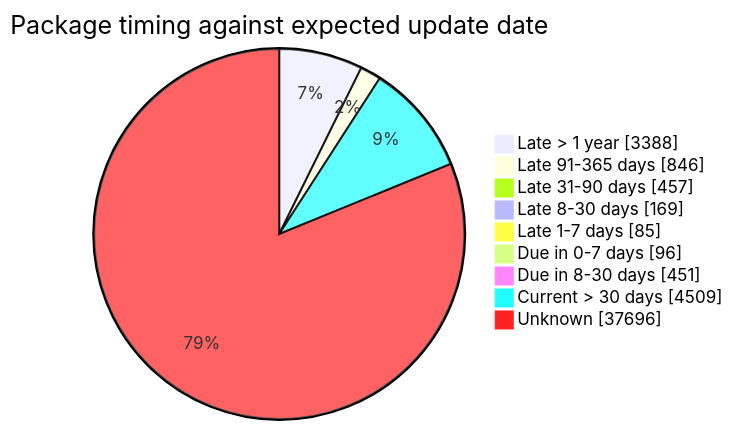
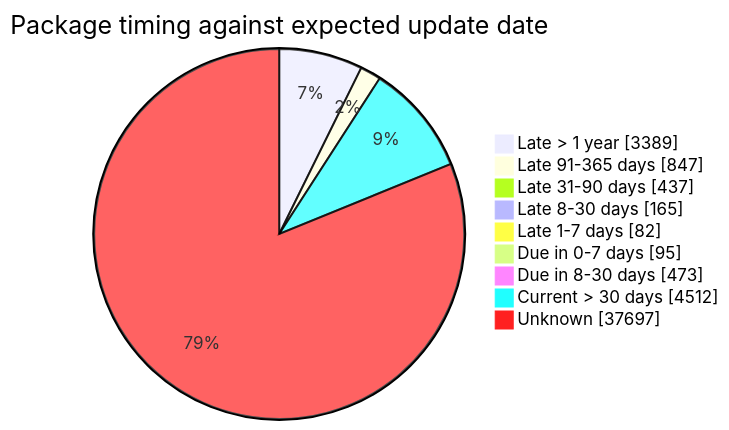
One commit to open-data/analytics-corporate-reporting changed the fourth of 5 diagrams in FreshCheck/README.md. Above: the diagram before and after it, drawn with Mermaid. The commit also changed other lines of this file and 3 other files, not shown here.

````diff
--- a/FreshCheck/README.md
+++ b/FreshCheck/README.md
@@ -86,12 +86,12 @@
 ```mermaid
 pie showData title Package timing against expected update date
-    "Late > 1 year": 3388
-    "Late 91-365 days": 846
-    "Late 31-90 days": 457
-    "Late 8-30 days": 169
-    "Late 1-7 days": 85
-    "Due in 0-7 days": 96
-    "Due in 8-30 days": 451
-    "Current > 30 days": 4509
-    "Unknown": 37696
+    "Late > 1 year": 3389
+    "Late 91-365 days": 847
+    "Late 31-90 days": 437
+    "Late 8-30 days": 165
+    "Late 1-7 days": 82
+    "Due in 0-7 days": 95
+    "Due in 8-30 days": 473
+    "Current > 30 days": 4512
+    "Unknown": 37697
 ```
````
